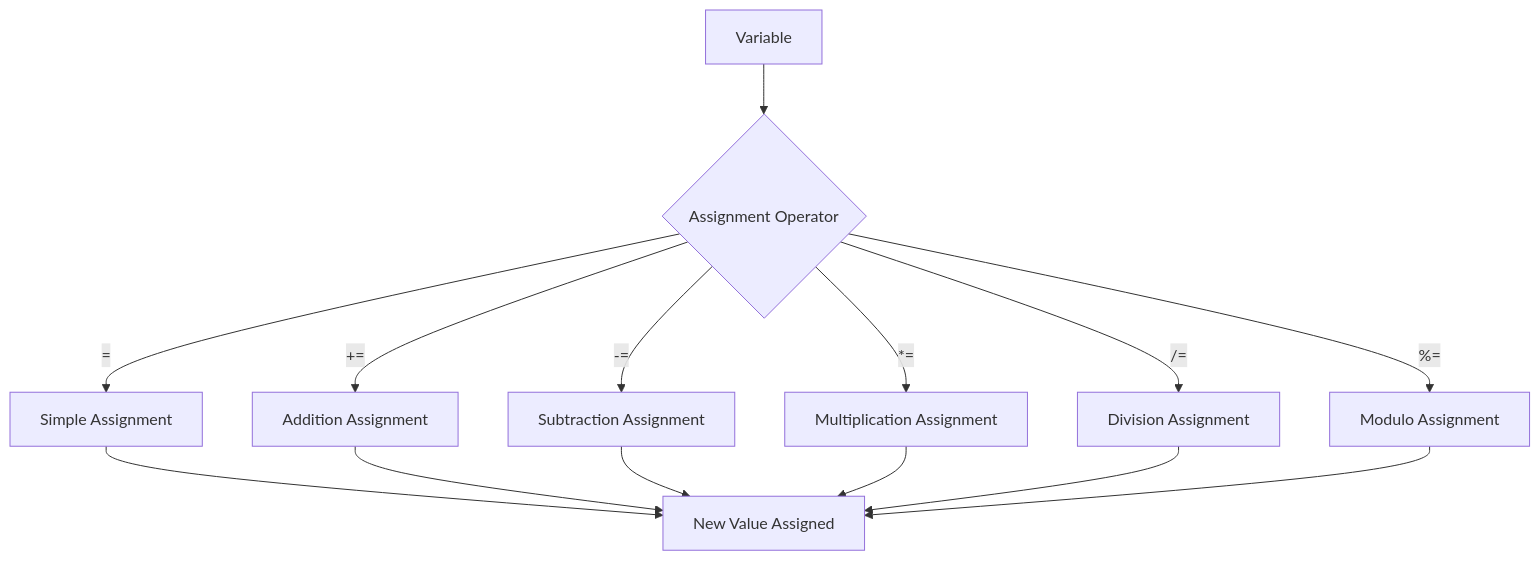
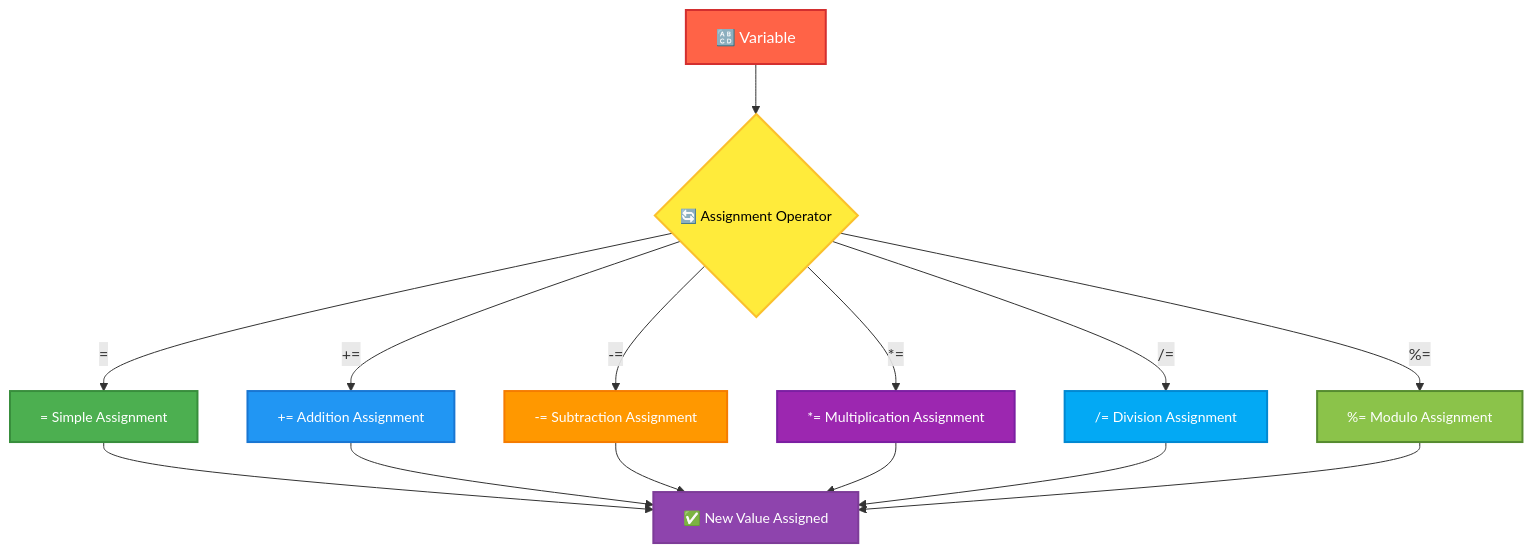
Before and after one commit to infoyouth/infoyouth.github.io: the fourth of 8 diagrams in _posts/2024-11-26-c-operators.md, drawn with Mermaid. The commit also changed other lines of this file and 1 other file, not shown here.

````diff
--- a/_posts/2024-11-26-c-operators.md
+++ b/_posts/2024-11-26-c-operators.md
@@ -842,16 +924,37 @@
 ```mermaid
 graph TD
-    A[Variable] --> B{Assignment Operator};
-    B -- = --> C[Simple Assignment];
-    B -- += --> D[Addition Assignment];
-    B -- -= --> E[Subtraction Assignment];
-    B -- *= --> F[Multiplication Assignment];
-    B -- /= --> G[Division Assignment];
-    B -- %= --> H[Modulo Assignment];
-    C --> I[New Value Assigned];
-    D --> I;
-    E --> I;
-    F --> I;
-    G --> I;
-    H --> I;
+    A[🔠 Variable]
+    B{🔄 Assignment Operator}
+    C[= Simple Assignment]
+    D[+= Addition Assignment]
+    E[-= Subtraction Assignment]
+    F[*= Multiplication Assignment]
+    G[ /= Division Assignment]
+    H[%= Modulo Assignment]
+    I[✅ New Value Assigned]
+
+    style A fill:#FF6347,stroke:#D32F2F,stroke-width:2px,color:#FFFFFF,font-size:16px
+    style B fill:#FFEB3B,stroke:#FBC02D,stroke-width:2px,color:#000000,font-size:14px
+    style C fill:#4CAF50,stroke:#388E3C,stroke-width:2px,color:#FFFFFF,font-size:14px
+    style D fill:#2196F3,stroke:#1976D2,stroke-width:2px,color:#FFFFFF,font-size:14px
+    style E fill:#FF9800,stroke:#F57C00,stroke-width:2px,color:#FFFFFF,font-size:14px
+    style F fill:#9C27B0,stroke:#7B1FA2,stroke-width:2px,color:#FFFFFF,font-size:14px
+    style G fill:#03A9F4,stroke:#0288D1,stroke-width:2px,color:#FFFFFF,font-size:14px
+    style H fill:#8BC34A,stroke:#558B2F,stroke-width:2px,color:#FFFFFF,font-size:14px
+    style I fill:#8E44AD,stroke:#7D3C98,stroke-width:2px,color:#FFFFFF,font-size:14px
+
+    A --> B
+    B -- = --> C
+    B -- += --> D
+    B -- -= --> E
+    B -- *= --> F
+    B -- /= --> G
+    B -- %= --> H
+    C --> I
+    D --> I
+    E --> I
+    F --> I
+    G --> I
+    H --> I
+
 ```
````
